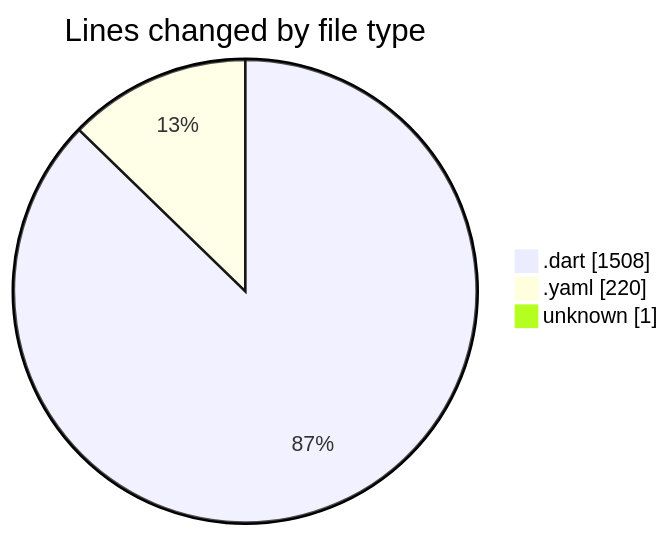
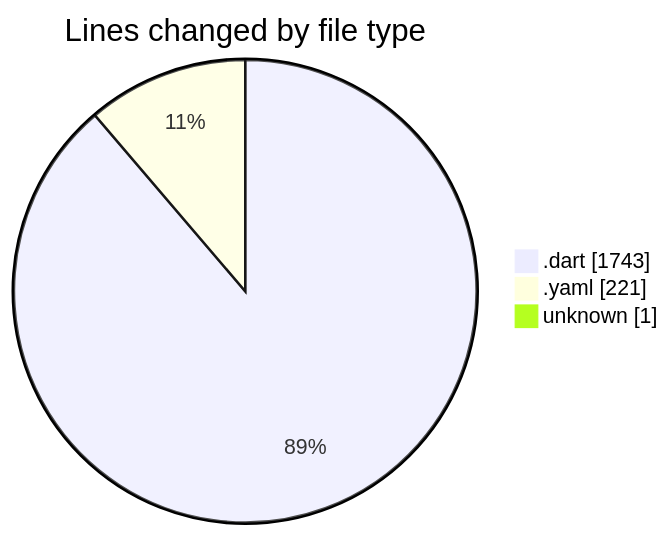
The first of 2 diagrams in 2025-03-08/uber_clone/README.md (donsfak/code-tracking), drawn with Mermaid before and after one commit. The commit also changed other lines of this file and 1 other file, not shown here.

````diff
--- a/2025-03-08/uber_clone/README.md
+++ b/2025-03-08/uber_clone/README.md
@@ -24,7 +24,7 @@
 ```mermaid
 pie showData
 title Lines changed by file type
-".dart" : 1508
-".yaml" : 220
+".dart" : 1743
+".yaml" : 221
 "unknown" : 1
 ```
````
